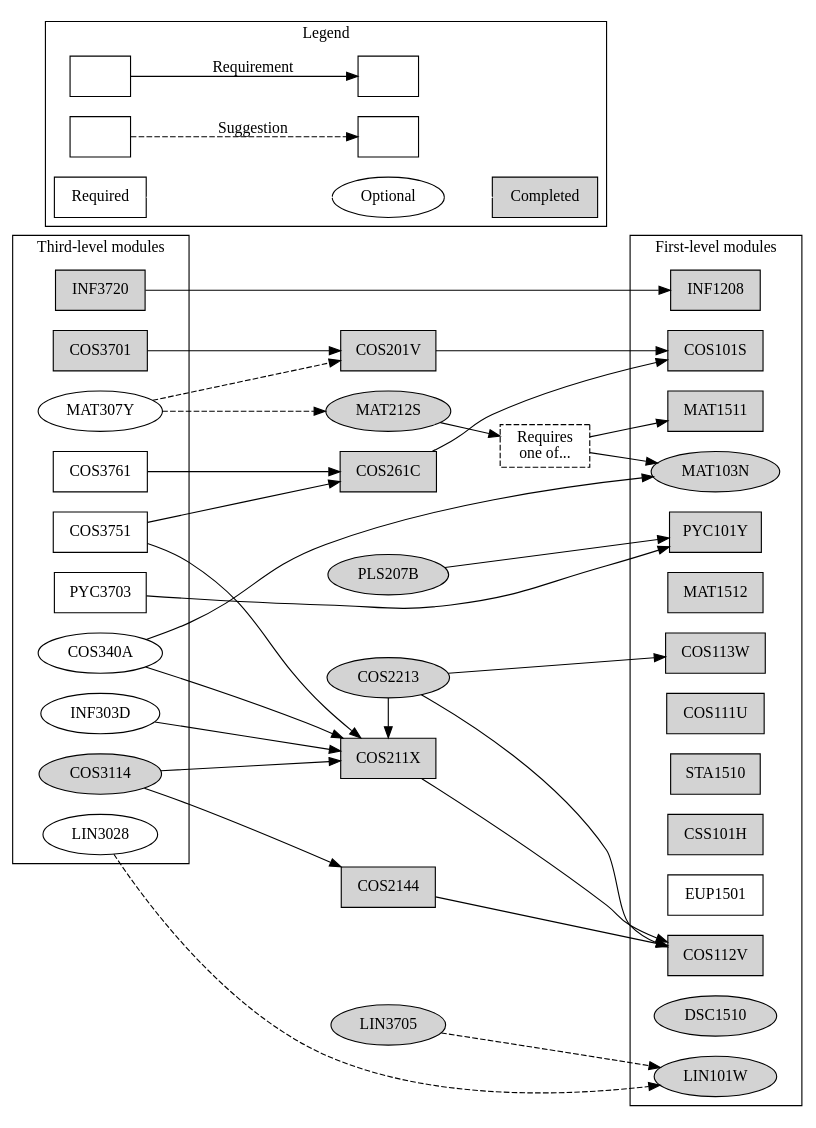
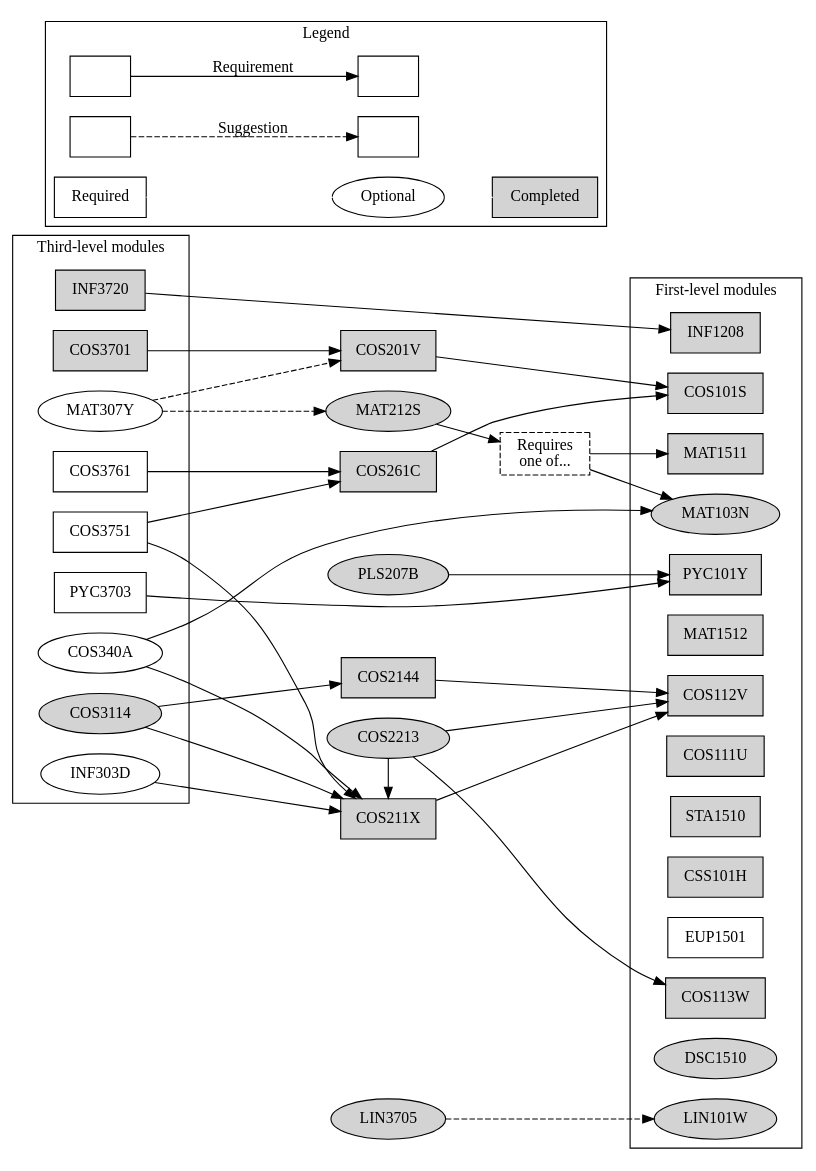
The diagram in ComputationalIntelligence.dot (apauley/unisa-module-graph), drawn with Graphviz before and after one commit. The commit also changed 1 other file, not shown here.

Commit message:
LIN3028 is no longer an optional module

```diff
--- a/ComputationalIntelligence.dot
+++ b/ComputationalIntelligence.dot
@@ -1,89 +1,87 @@
 digraph ComputationalIntelligence {
     node [shape=box];
     rankdir=LR;
 
     subgraph cluster3 {
         label = "Third-level modules";
 
         {rank=same;
         COS3701 [style=filled]
         INF3720 [style=filled]
         COS3751
         COS3761
         PYC3703}
 
         {rank=same; node [shape=ellipse];
         COS3114 [style=filled]
         MAT307Y COS340A
-        INF303D
-        LIN3028}
+        INF303D}
     }
 
     {rank=same; node [style=filled];
     COS201V COS211X COS261C COS2144}
 
     {rank=same; node [style=filled]; node [shape=ellipse];
     PLS207B MAT212S COS2213 LIN3705}
 
     MAT103OR151 [label="Requires\none of...", style=dashed];
 
     subgraph cluster1 {
         label = "First-level modules";
 
         {rank=same;
         {node [style=filled];
               COS101S COS112V COS113W INF1208 MAT1511 MAT1512
               PYC101Y COS111U STA1510 CSS101H}
         EUP1501}
 
         {rank=same; node [shape=ellipse];
             {node [style=filled];
                 MAT103N DSC1510 LIN101W}}
     }
 
 
     subgraph cluster0 {
         rankdir=LR;
         label = "Legend";
 
         Module1 [label=""];
         Module2 [label=""];
         Module3 [label=""];
         Module4 [label=""];
         Module2 -> Module1 [label="Requirement"]
         Module4 -> Module3 [label="Suggestion", style=dashed]
 
         Required;
         Completed [style=filled];
         Optional [shape=ellipse];
         Required -> Optional [color=white];
         Optional -> Completed [color=white];
     }
 
 
     COS3701 -> {COS201V}
     INF3720 -> {INF1208}
     COS3751 -> {COS211X COS261C}
     COS3761 -> {COS261C}
     PYC3703 -> {PYC101Y}
 
     COS3114 -> {COS211X COS2144}
     MAT307Y -> {MAT212S COS201V} [style=dashed]
     INF303D -> {COS211X}
-    LIN3028 -> {LIN101W} [style=dashed]
     COS340A -> {COS211X MAT103N}
 
 
     COS201V -> {COS101S}
     COS211X -> {COS112V}
     COS261C -> {COS101S}
     COS2144 -> {COS112V}
 
     {rank=same; COS2213 COS211X}
     COS2213 -> {COS112V COS113W}
     COS2213 -> {COS211X}
     MAT212S -> {MAT103OR151}
     MAT103OR151 -> {MAT103N MAT1511}
     LIN3705 -> {LIN101W} [style=dashed]
     PLS207B -> {PYC101Y}
 }
```
